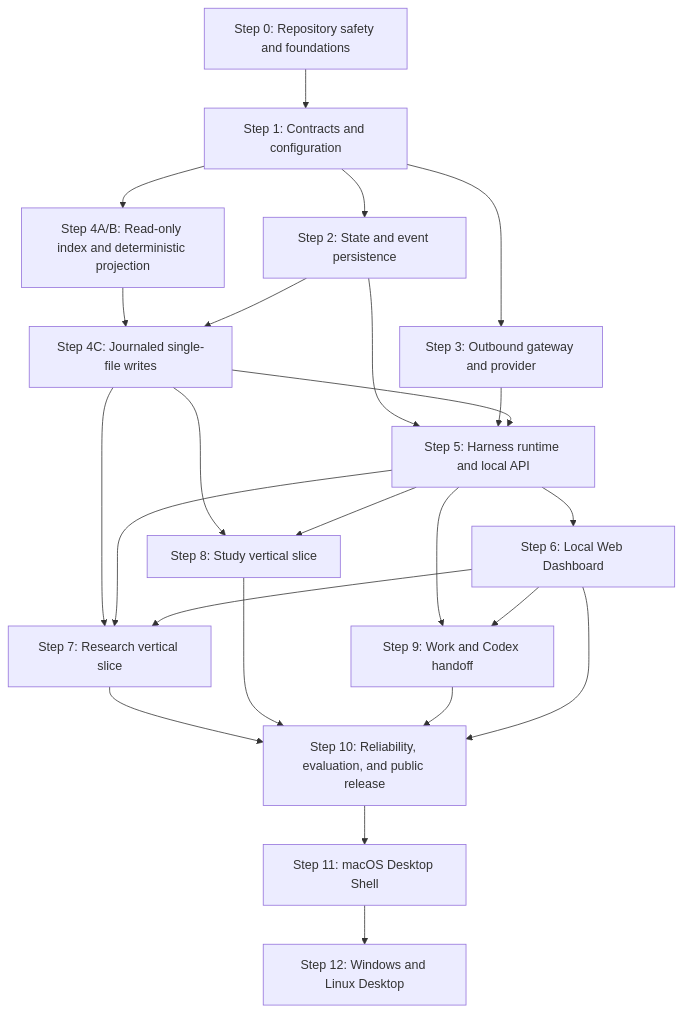
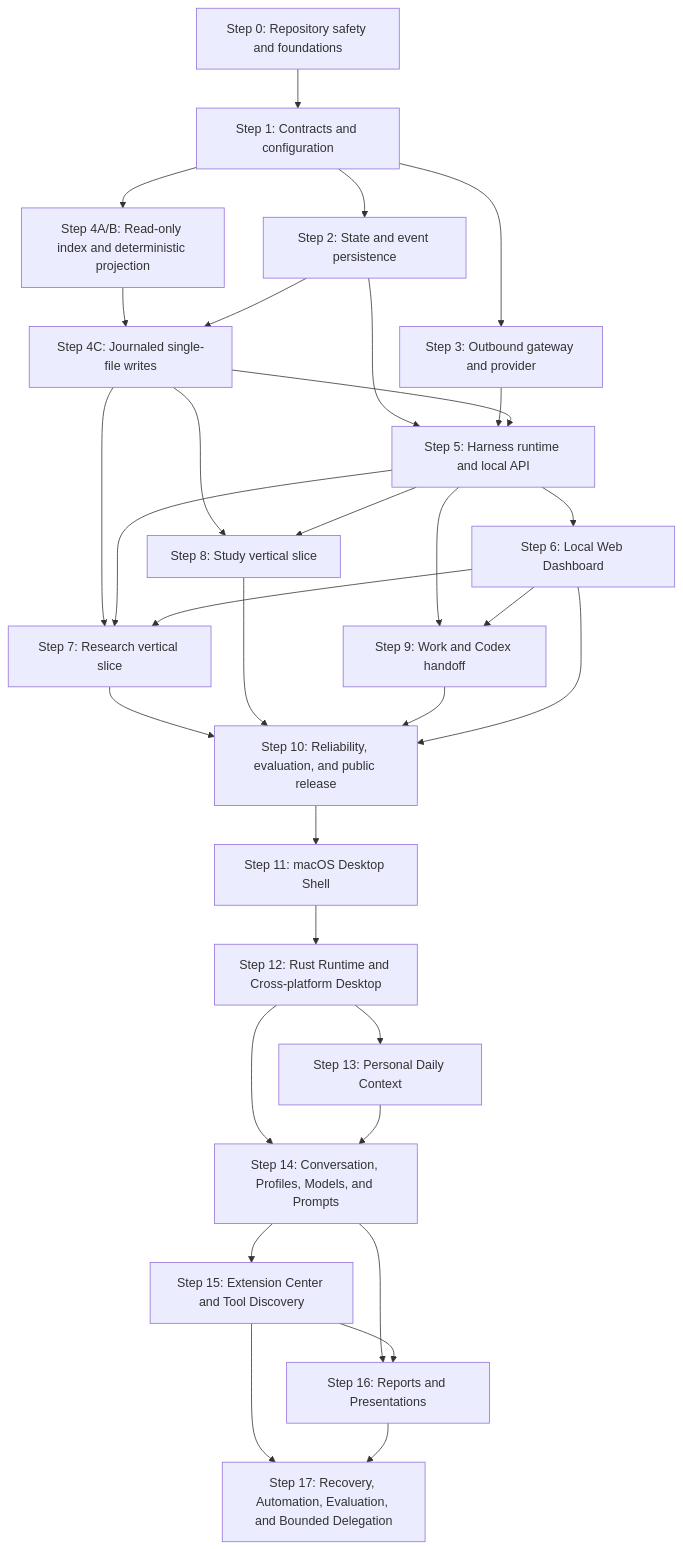
Before and after one commit to Totoro-qaq/restork: the diagram in plans/restork-v1-implementation.md, drawn with Mermaid. The commit also changed other lines of this file and 36 other files, not shown here.

Commit message:
feat(runtime): add Rust-first foundation (#58)

````diff
--- a/plans/restork-v1-implementation.md
+++ b/plans/restork-v1-implementation.md
@@ -75,26 +79,34 @@
 ```mermaid
 flowchart TD
   S0["Step 0: Repository safety and foundations"] --> S1["Step 1: Contracts and configuration"]
   S1 --> S2["Step 2: State and event persistence"]
   S1 --> S3["Step 3: Outbound gateway and provider"]
   S1 --> S4AB["Step 4A/B: Read-only index and deterministic projection"]
   S4AB --> S4C["Step 4C: Journaled single-file writes"]
   S2 --> S4C
   S2 --> S5["Step 5: Harness runtime and local API"]
   S3 --> S5
   S4C --> S5
   S5 --> S6["Step 6: Local Web Dashboard"]
   S4C --> S7["Step 7: Research vertical slice"]
   S5 --> S7
   S6 --> S7
   S4C --> S8["Step 8: Study vertical slice"]
   S5 --> S8
   S5 --> S9["Step 9: Work and Codex handoff"]
   S6 --> S9
   S7 --> S10["Step 10: Reliability, evaluation, and public release"]
   S8 --> S10
   S9 --> S10
   S6 --> S10
   S10 --> S11["Step 11: macOS Desktop Shell"]
-  S11 --> S12["Step 12: Windows and Linux Desktop"]
+  S11 --> S12["Step 12: Rust Runtime and Cross-platform Desktop"]
+  S12 --> S13["Step 13: Personal Daily Context"]
+  S12 --> S14["Step 14: Conversation, Profiles, Models, and Prompts"]
+  S13 --> S14
+  S14 --> S15["Step 15: Extension Center and Tool Discovery"]
+  S14 --> S16["Step 16: Reports and Presentations"]
+  S15 --> S16
+  S15 --> S17["Step 17: Recovery, Automation, Evaluation, and Bounded Delegation"]
+  S16 --> S17
 ```
````
